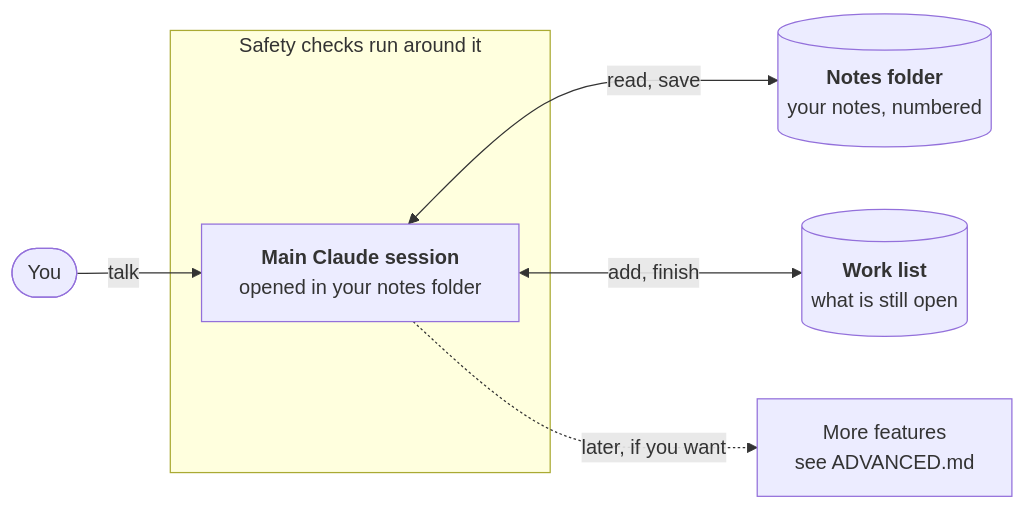
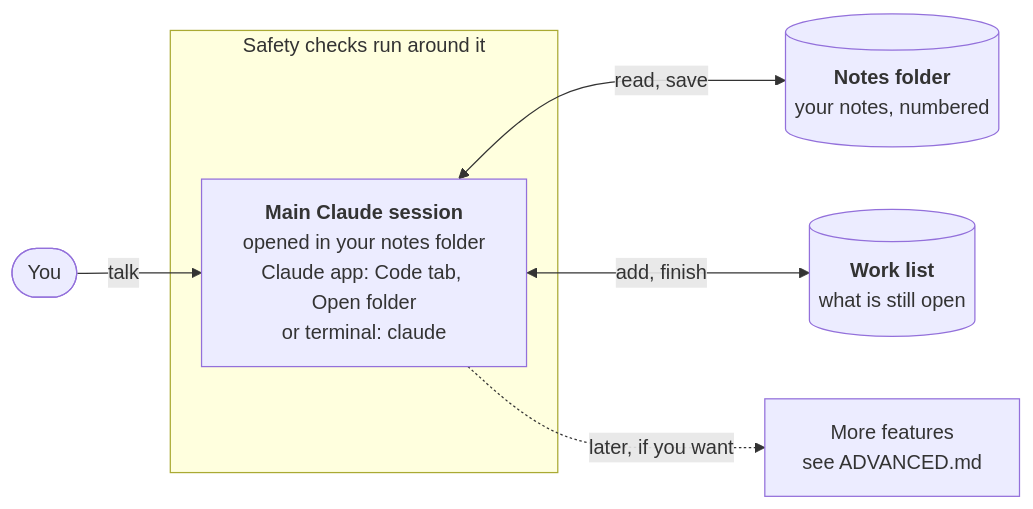
The diagram in README.md (0Smallcat0/second-brain-kit), drawn with Mermaid before and after one commit. The commit also changed other lines of this file and 10 other files, not shown here.

Commit message:
0.2.3: desktop App users open the notes folder in the App; shortcut only for terminal users

````diff
--- a/README.md
+++ b/README.md
@@ -50,10 +55,10 @@
 ```mermaid
 flowchart LR
   You(["You"]) -->|talk| Main
   subgraph Checks["Safety checks run around it"]
-    Main["<b>Main Claude session</b><br/>opened in your notes folder"]
+    Main["<b>Main Claude session</b><br/>opened in your notes folder<br/>Claude app: Code tab, Open folder<br/>or terminal: claude"]
   end
   Main <-->|read, save| Notes[("<b>Notes folder</b><br/>your notes, numbered")]
   Main <-->|add, finish| Work[("<b>Work list</b><br/>what is still open")]
   Main -.->|later, if you want| Adv["More features<br/>see ADVANCED.md"]
 ```
````
